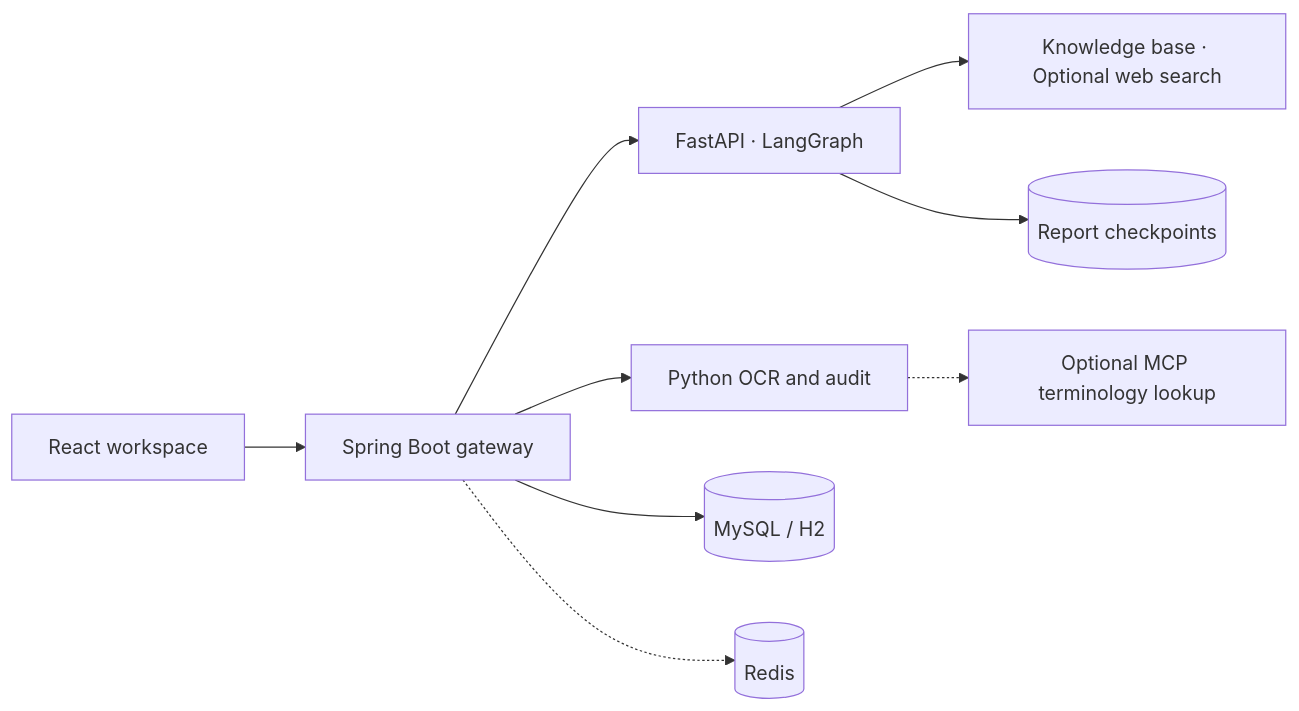
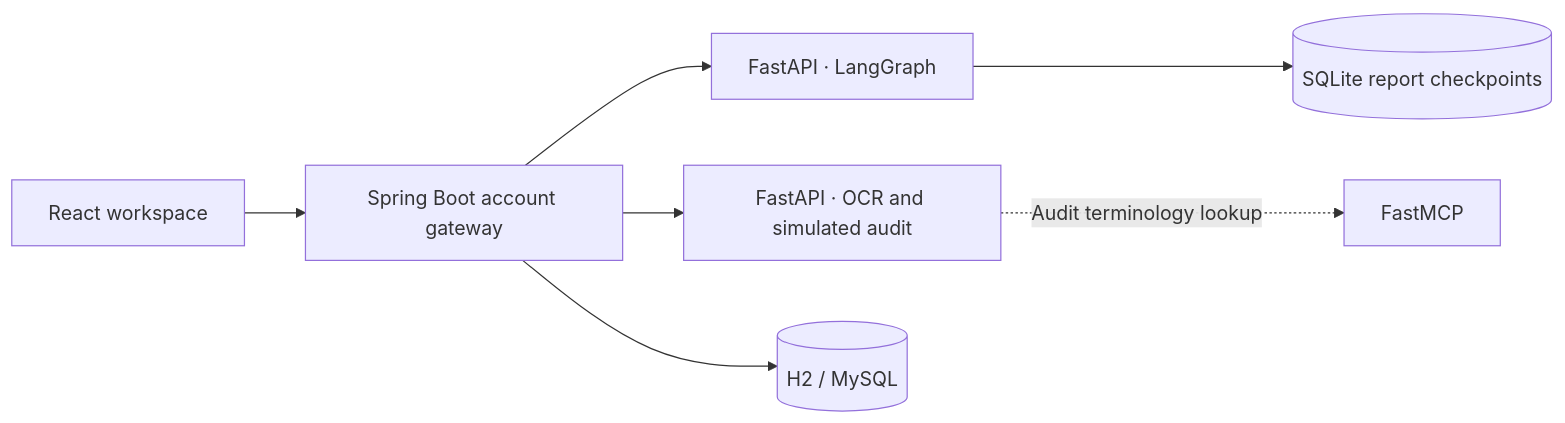
Before and after one commit to leWLW-le/Medical-Health-Agent-Workbench: the diagram in README.en.md, drawn with Mermaid. The commit also changed other lines of this file and 7 other files, not shown here.

````diff
--- a/README.en.md
+++ b/README.en.md
@@ -60,11 +13,9 @@
 ```mermaid
 flowchart LR
-    UI["React workspace"] --> Gateway["Spring Boot gateway"]
-    Gateway --> Main["FastAPI · LangGraph"]
-    Gateway --> OCR["Python OCR and audit"]
-    Gateway --> Data[("MySQL / H2")]
-    Gateway -.-> Cache[("Redis")]
-    Main --> Sources["Knowledge base · Optional web search"]
-    Main --> Checkpoints[("Report checkpoints")]
-    OCR -.-> MCP["Optional MCP terminology lookup"]
+    UI["React workspace"] --> Gateway["Spring Boot account gateway"]
+    Gateway --> Health["FastAPI · LangGraph"]
+    Gateway --> Audit["FastAPI · OCR and simulated audit"]
+    Gateway --> DB[("H2 / MySQL")]
+    Health --> Checkpoint[("SQLite report checkpoints")]
+    Audit -. Audit terminology lookup .-> MCP["FastMCP"]
 ```
````
